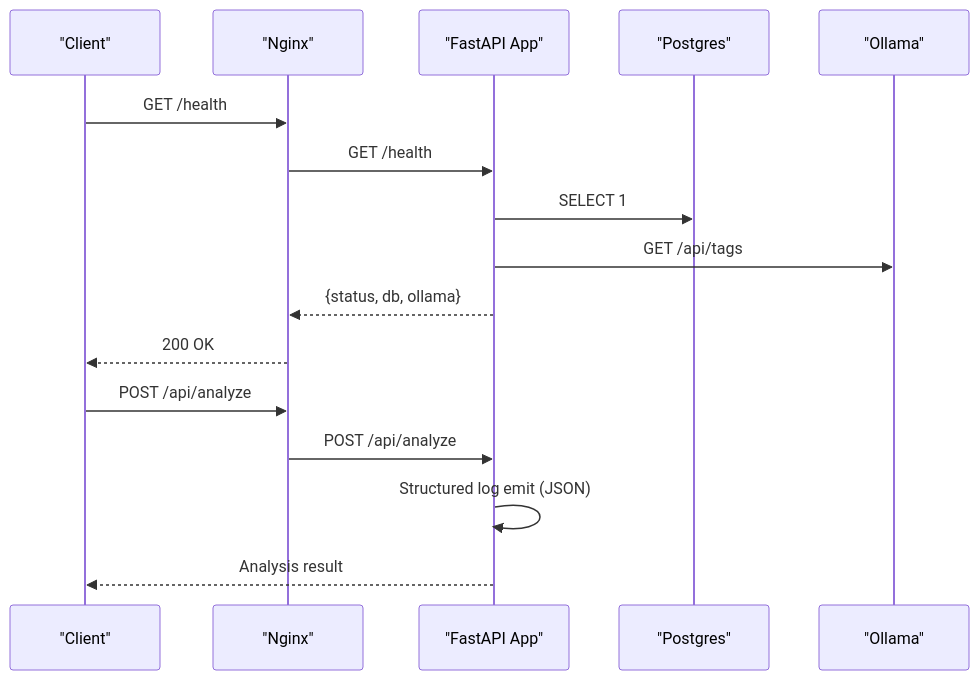
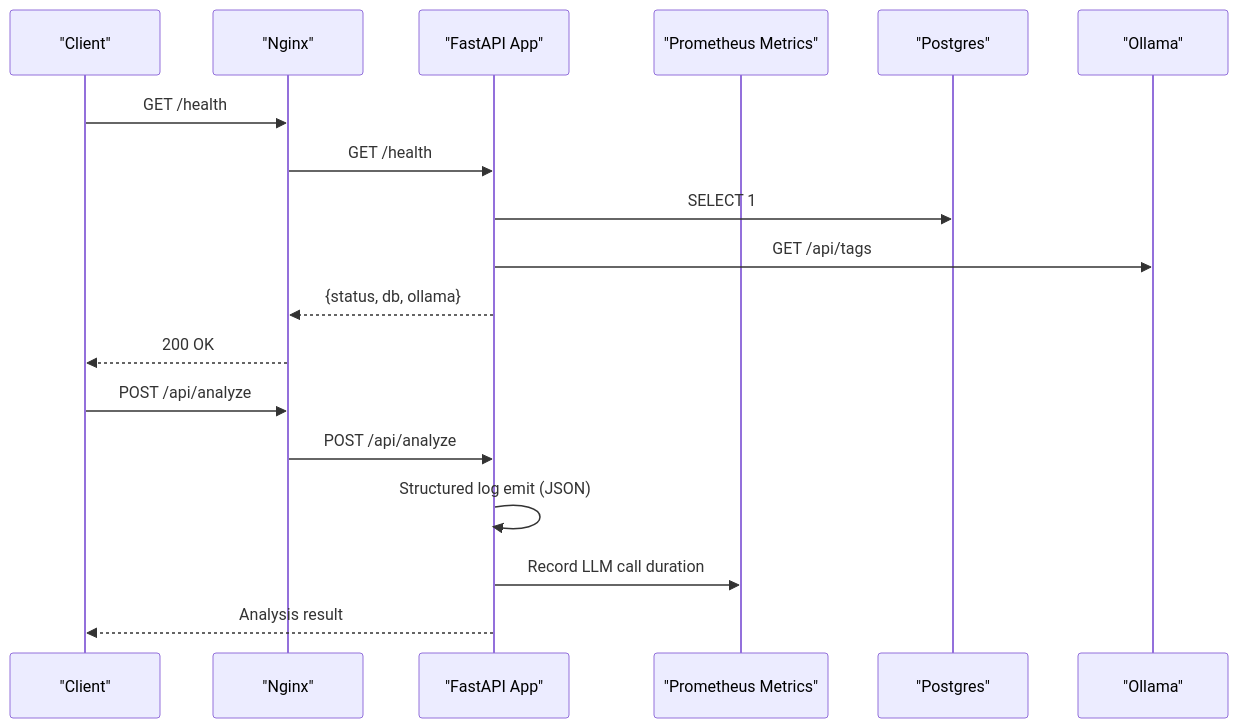
Before and after one commit to Revanththetalogics/aireume: the second of 4 diagrams in .qoder/repowiki/en/content/Deployment & DevOps/Monitoring & Logging.md, drawn with Mermaid. The commit also changed other lines of this file and 33 other files, not shown here.

````diff
--- a/.qoder/repowiki/en/content/Deployment & DevOps/Monitoring & Logging.md
+++ b/.qoder/repowiki/en/content/Deployment & DevOps/Monitoring & Logging.md
@@ -116,18 +150,20 @@
 ```mermaid
 sequenceDiagram
 participant Client as "Client"
 participant Nginx as "Nginx"
 participant API as "FastAPI App"
+participant Metrics as "Prometheus Metrics"
 participant DB as "Postgres"
 participant LLM as "Ollama"
 Client->>Nginx : GET /health
 Nginx->>API : GET /health
 API->>DB : SELECT 1
 API->>LLM : GET /api/tags
 API-->>Nginx : {status, db, ollama}
 Nginx-->>Client : 200 OK
 Client->>Nginx : POST /api/analyze
 Nginx->>API : POST /api/analyze
 API->>API : Structured log emit (JSON)
+API->>Metrics : Record LLM call duration
 API-->>Client : Analysis result
 ```
````
